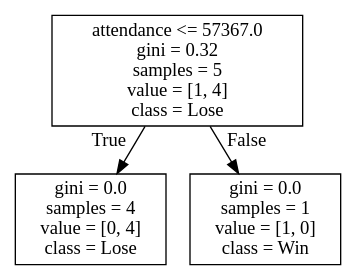
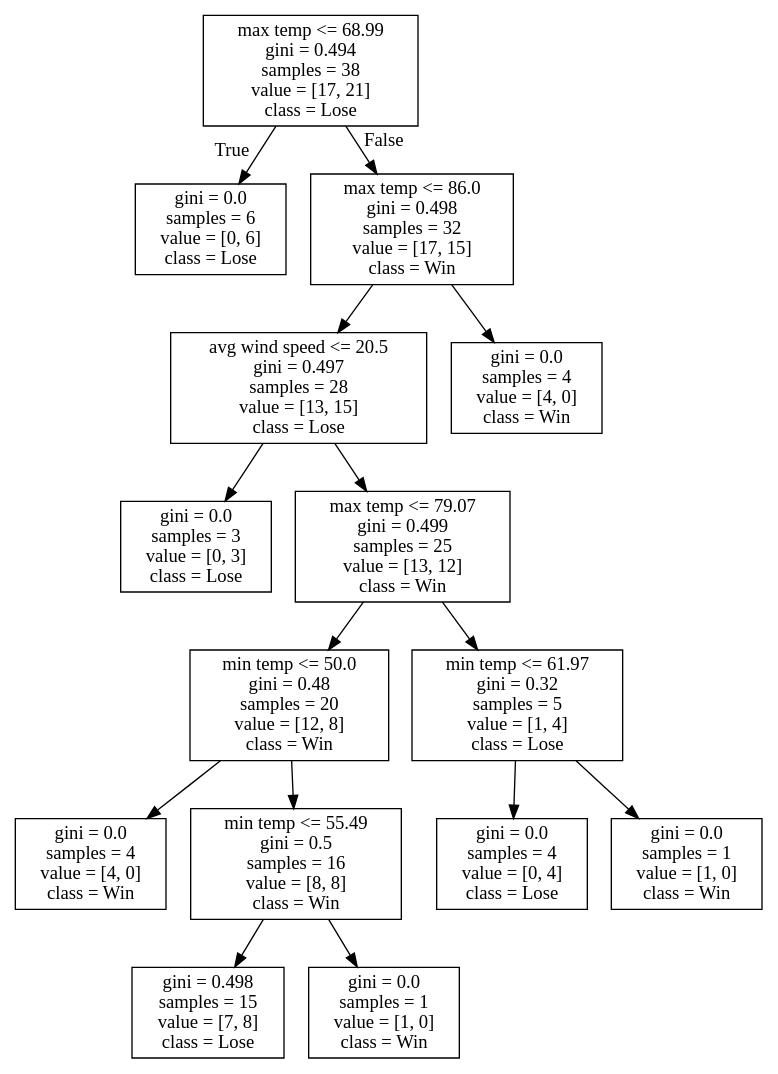
Before and after one commit to alexana-steck/CSE482Project: the diagram in DecisionTrees/Pac-12decision_tree_no_score4.dot, drawn with Graphviz. The commit also changed 482 other files, not shown here.

```diff
--- a/DecisionTrees/Pac-12decision_tree_no_score4.dot
+++ b/DecisionTrees/Pac-12decision_tree_no_score4.dot
@@ -1,8 +1,32 @@
 digraph Tree {
 node [shape=box] ;
-0 [label="attendance <= 57367.0\ngini = 0.32\nsamples = 5\nvalue = [1, 4]\nclass = Lose"] ;
-1 [label="gini = 0.0\nsamples = 4\nvalue = [0, 4]\nclass = Lose"] ;
+0 [label="max temp <= 68.99\ngini = 0.494\nsamples = 38\nvalue = [17, 21]\nclass = Lose"] ;
+1 [label="gini = 0.0\nsamples = 6\nvalue = [0, 6]\nclass = Lose"] ;
 0 -> 1 [labeldistance=2.5, labelangle=45, headlabel="True"] ;
-2 [label="gini = 0.0\nsamples = 1\nvalue = [1, 0]\nclass = Win"] ;
+2 [label="max temp <= 86.0\ngini = 0.498\nsamples = 32\nvalue = [17, 15]\nclass = Win"] ;
 0 -> 2 [labeldistance=2.5, labelangle=-45, headlabel="False"] ;
+3 [label="avg wind speed <= 20.5\ngini = 0.497\nsamples = 28\nvalue = [13, 15]\nclass = Lose"] ;
+2 -> 3 ;
+4 [label="gini = 0.0\nsamples = 3\nvalue = [0, 3]\nclass = Lose"] ;
+3 -> 4 ;
+5 [label="max temp <= 79.07\ngini = 0.499\nsamples = 25\nvalue = [13, 12]\nclass = Win"] ;
+3 -> 5 ;
+6 [label="min temp <= 50.0\ngini = 0.48\nsamples = 20\nvalue = [12, 8]\nclass = Win"] ;
+5 -> 6 ;
+7 [label="gini = 0.0\nsamples = 4\nvalue = [4, 0]\nclass = Win"] ;
+6 -> 7 ;
+8 [label="min temp <= 55.49\ngini = 0.5\nsamples = 16\nvalue = [8, 8]\nclass = Win"] ;
+6 -> 8 ;
+9 [label="gini = 0.498\nsamples = 15\nvalue = [7, 8]\nclass = Lose"] ;
+8 -> 9 ;
+10 [label="gini = 0.0\nsamples = 1\nvalue = [1, 0]\nclass = Win"] ;
+8 -> 10 ;
+11 [label="min temp <= 61.97\ngini = 0.32\nsamples = 5\nvalue = [1, 4]\nclass = Lose"] ;
+5 -> 11 ;
+12 [label="gini = 0.0\nsamples = 4\nvalue = [0, 4]\nclass = Lose"] ;
+11 -> 12 ;
+13 [label="gini = 0.0\nsamples = 1\nvalue = [1, 0]\nclass = Win"] ;
+11 -> 13 ;
+14 [label="gini = 0.0\nsamples = 4\nvalue = [4, 0]\nclass = Win"] ;
+2 -> 14 ;
 }
```
